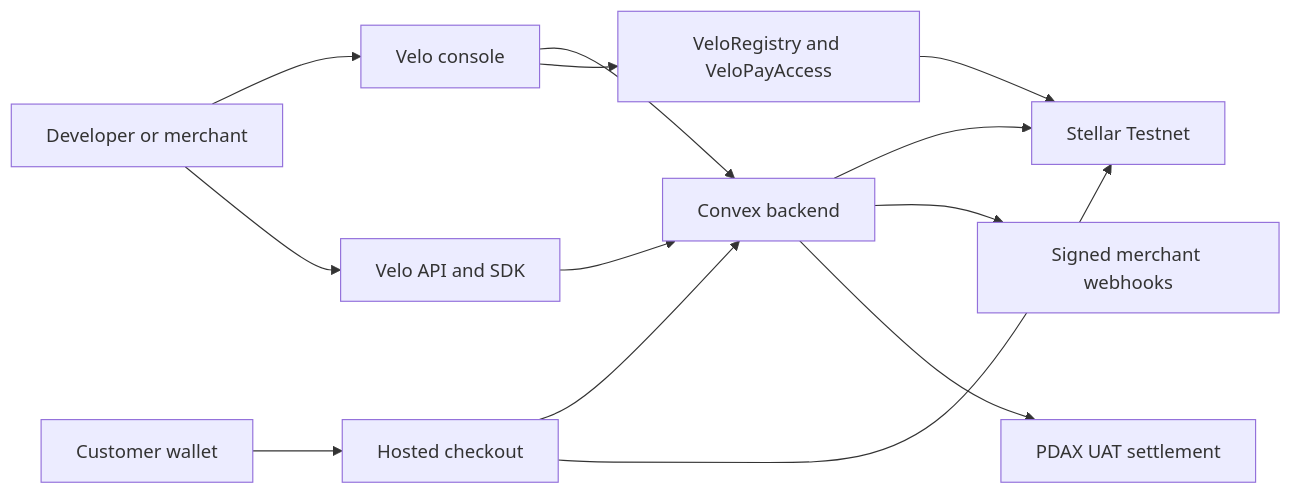
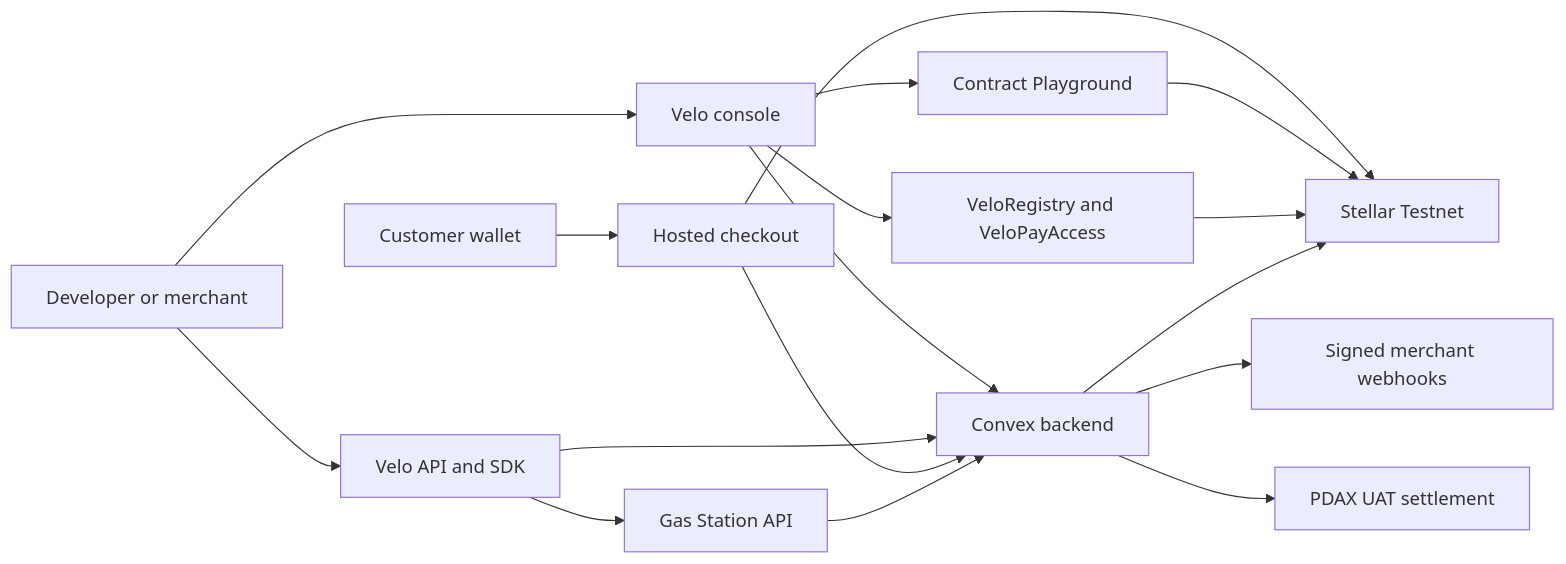
Before and after one commit to Velo-Ecosystem-Collection/Velo: the diagram in README.md, drawn with Mermaid. The commit also changed other lines of this file, not shown here.

````diff
--- a/README.md
+++ b/README.md
@@ -219,18 +229,22 @@
 ```mermaid
 flowchart LR
   Merchant[Developer or merchant] --> Console[Velo console]
   Merchant --> SDK[Velo API and SDK]
   Customer[Customer wallet] --> Checkout[Hosted checkout]
 
   Console --> Backend[Convex backend]
   SDK --> Backend
   Checkout --> Backend
 
   Console --> Contracts[VeloRegistry and VeloPayAccess]
+  Console --> Playground[Contract Playground]
+  SDK --> Gas[Gas Station API]
+  Gas --> Backend
   Checkout --> Stellar[Stellar Testnet]
+  Playground --> Stellar
   Contracts --> Stellar
   Backend --> Stellar
 
   Backend --> Webhooks[Signed merchant webhooks]
   Backend --> PDAX[PDAX UAT settlement]
 ```
````
